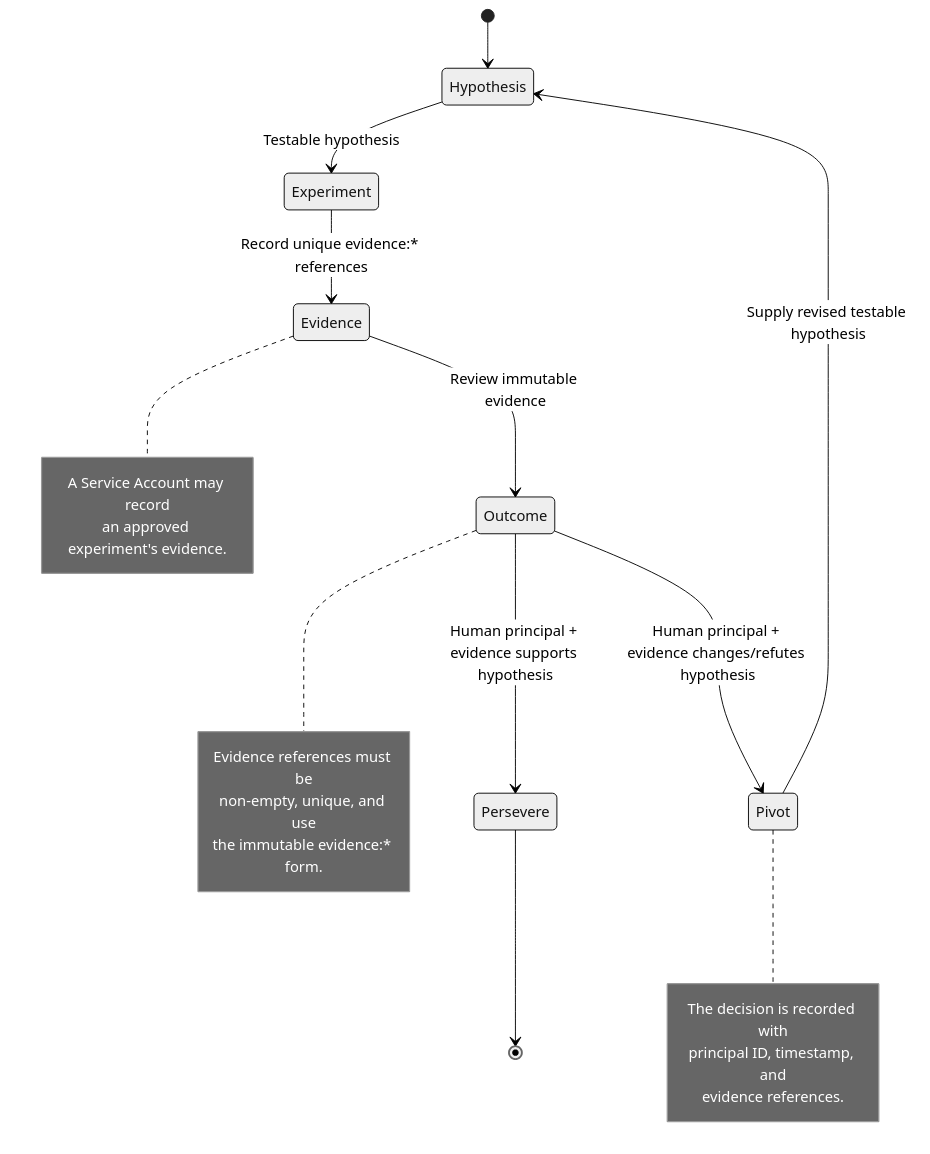
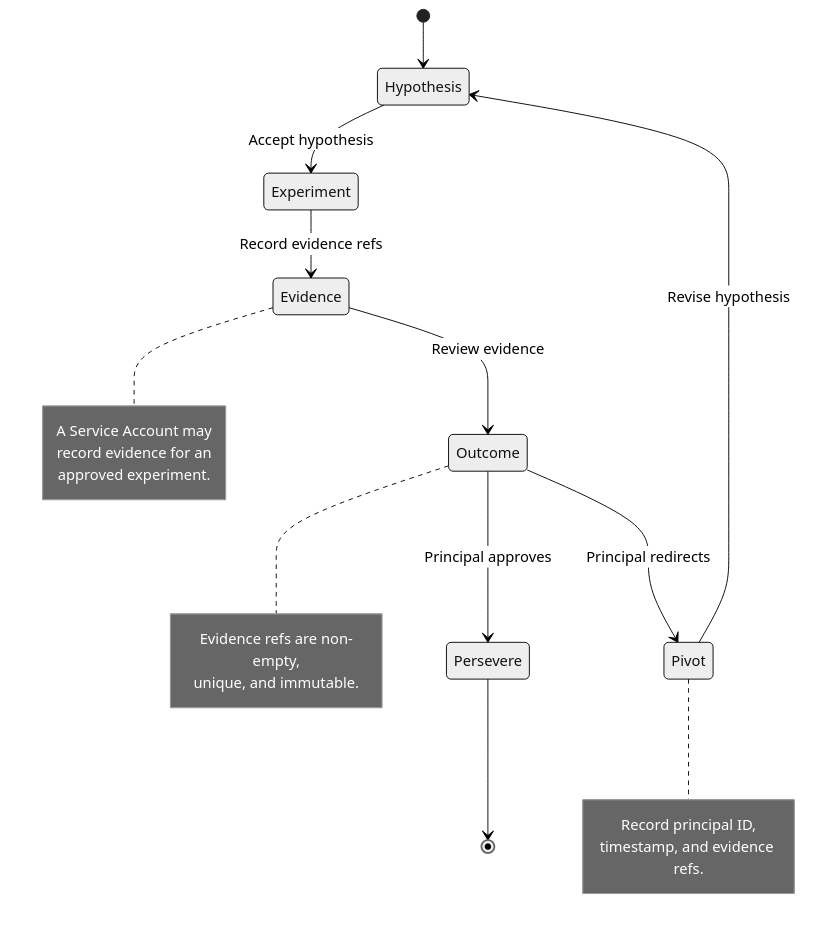
One commit to dave-jackson-dev/portfolio changed the first of 2 diagrams in docs/planning/features/workflow-engine-lean-agile-mvp-foundation/lean-agile-mvp-workflows.md. Above: the diagram before and after it, drawn with Mermaid (neutral theme). The commit also changed other lines of this file, not shown here.

Commit message:
docs(workflow): prevent diagram label clipping

````diff
--- a/docs/planning/features/workflow-engine-lean-agile-mvp-foundation/lean-agile-mvp-workflows.md
+++ b/docs/planning/features/workflow-engine-lean-agile-mvp-foundation/lean-agile-mvp-workflows.md
@@ -9,31 +9,31 @@
 ```mermaid
+%%{init: {"state": {"useMaxWidth": true, "padding": 16}} }%%
 stateDiagram-v2
     [*] --> Hypothesis
 
-    Hypothesis --> Experiment: Testable hypothesis
-    Experiment --> Evidence: Record unique evidence:* references
-    Evidence --> Outcome: Review immutable evidence
+    Hypothesis --> Experiment: Accept hypothesis
+    Experiment --> Evidence: Record evidence refs
+    Evidence --> Outcome: Review evidence
 
-    Outcome --> Persevere: Human principal + evidence supports hypothesis
-    Outcome --> Pivot: Human principal + evidence changes/refutes hypothesis
+    Outcome --> Persevere: Principal approves
+    Outcome --> Pivot: Principal redirects
 
-    Pivot --> Hypothesis: Supply revised testable hypothesis
+    Pivot --> Hypothesis: Revise hypothesis
     Persevere --> [*]
 
     note right of Evidence
-        A Service Account may record
-        an approved experiment's evidence.
+        A Service Account may
+        record evidence for an
+        approved experiment.
     end note
 
     note right of Outcome
-        Evidence references must be
-        non-empty, unique, and use
-        the immutable evidence:* form.
+        Evidence refs are non-empty,
+        unique, and immutable.
     end note
 
     note right of Pivot
-        The decision is recorded with
-        principal ID, timestamp, and
-        evidence references.
+        Record principal ID,
+        timestamp, and evidence refs.
     end note
 ```
````
